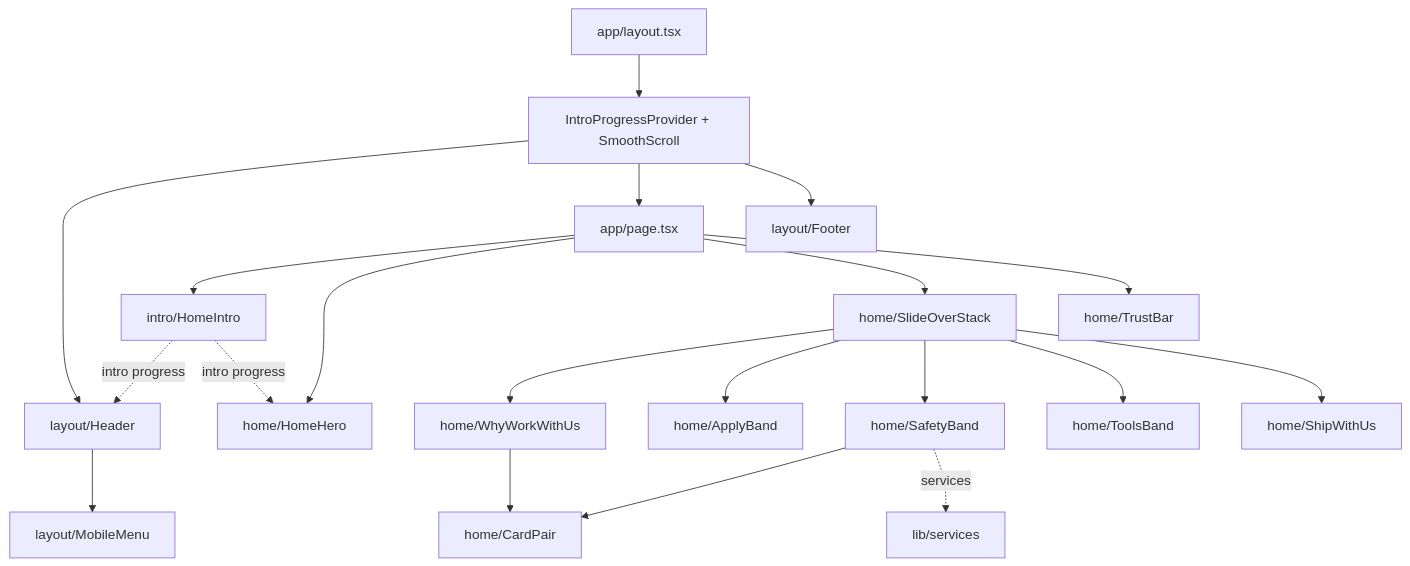
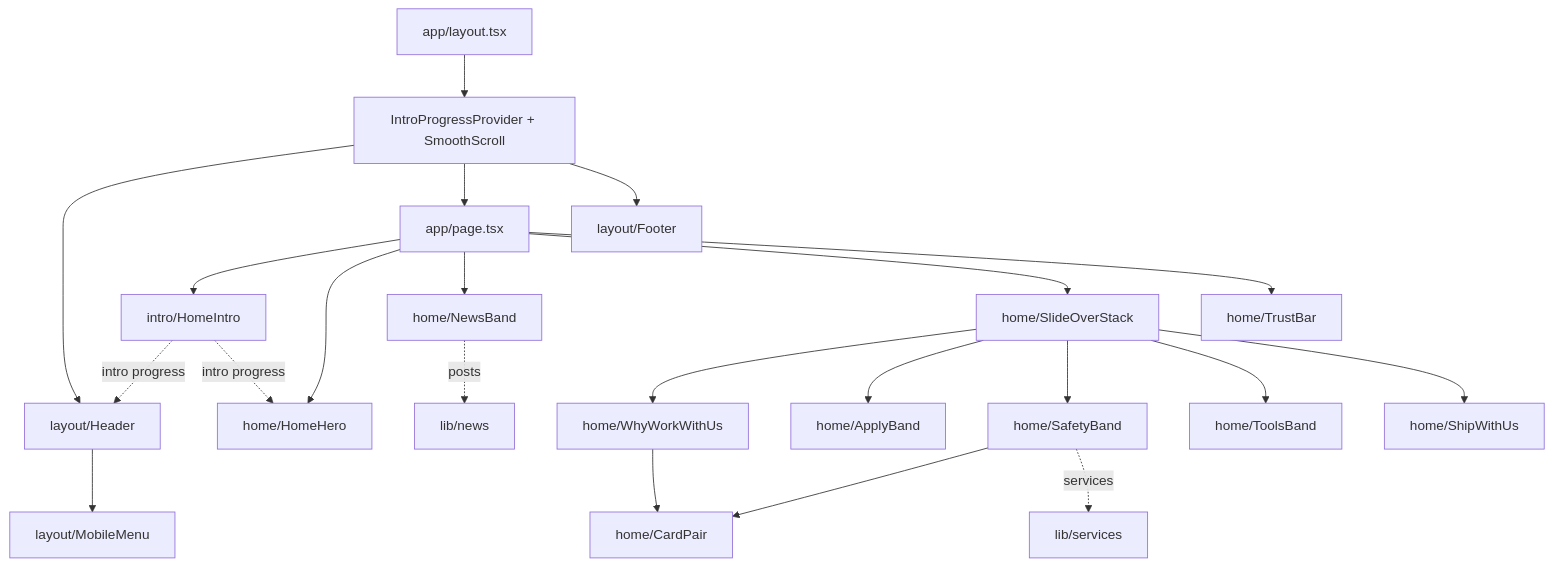
Before and after one commit to stadlerv3311/laughing-dollop: the diagram in docs/NAVIGATION.md, drawn with Mermaid. The commit also changed other lines of this file and 12 other files, not shown here.

````diff
--- a/docs/NAVIGATION.md
+++ b/docs/NAVIGATION.md
@@ -68,22 +69,24 @@
 ```mermaid
 flowchart TD
   Layout["app/layout.tsx"] --> Providers["IntroProgressProvider + SmoothScroll"]
   Providers --> Header["layout/Header"]
   Providers --> Page["app/page.tsx"]
   Providers --> Footer["layout/Footer"]
   Header --> MobileMenu["layout/MobileMenu"]
   Page --> HomeIntro["intro/HomeIntro"]
   Page --> HomeHero["home/HomeHero"]
   SlideOverStack --> WhyWorkWithUs["home/WhyWorkWithUs"]
   SlideOverStack --> ApplyBand["home/ApplyBand"]
+  Page --> NewsBand["home/NewsBand"]
+  NewsBand -. "posts" .-> News["lib/news"]
   Page --> SlideOverStack["home/SlideOverStack"]
   SlideOverStack --> SafetyBand["home/SafetyBand"]
   SlideOverStack --> ToolsBand["home/ToolsBand"]
   SlideOverStack --> ShipWithUs["home/ShipWithUs"]
   SafetyBand --> CardPair["home/CardPair"]
   SafetyBand -. "services" .-> Services["lib/services"]
   WhyWorkWithUs --> CardPair
   Page --> TrustBar["home/TrustBar"]
   HomeIntro -. "intro progress" .-> Header
   HomeIntro -. "intro progress" .-> HomeHero
 ```
````
